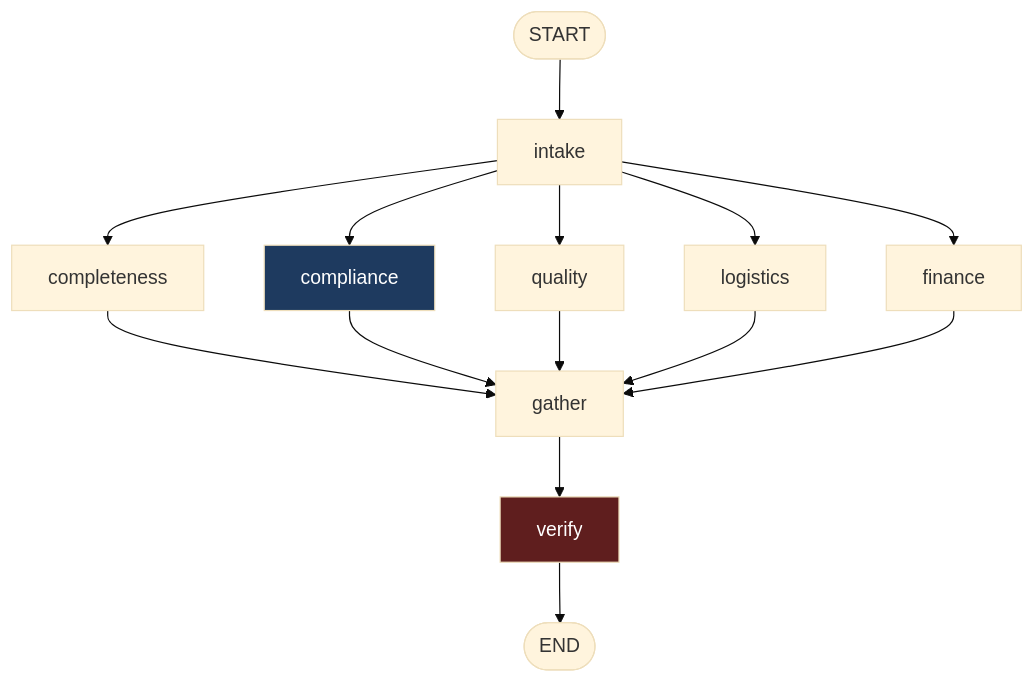
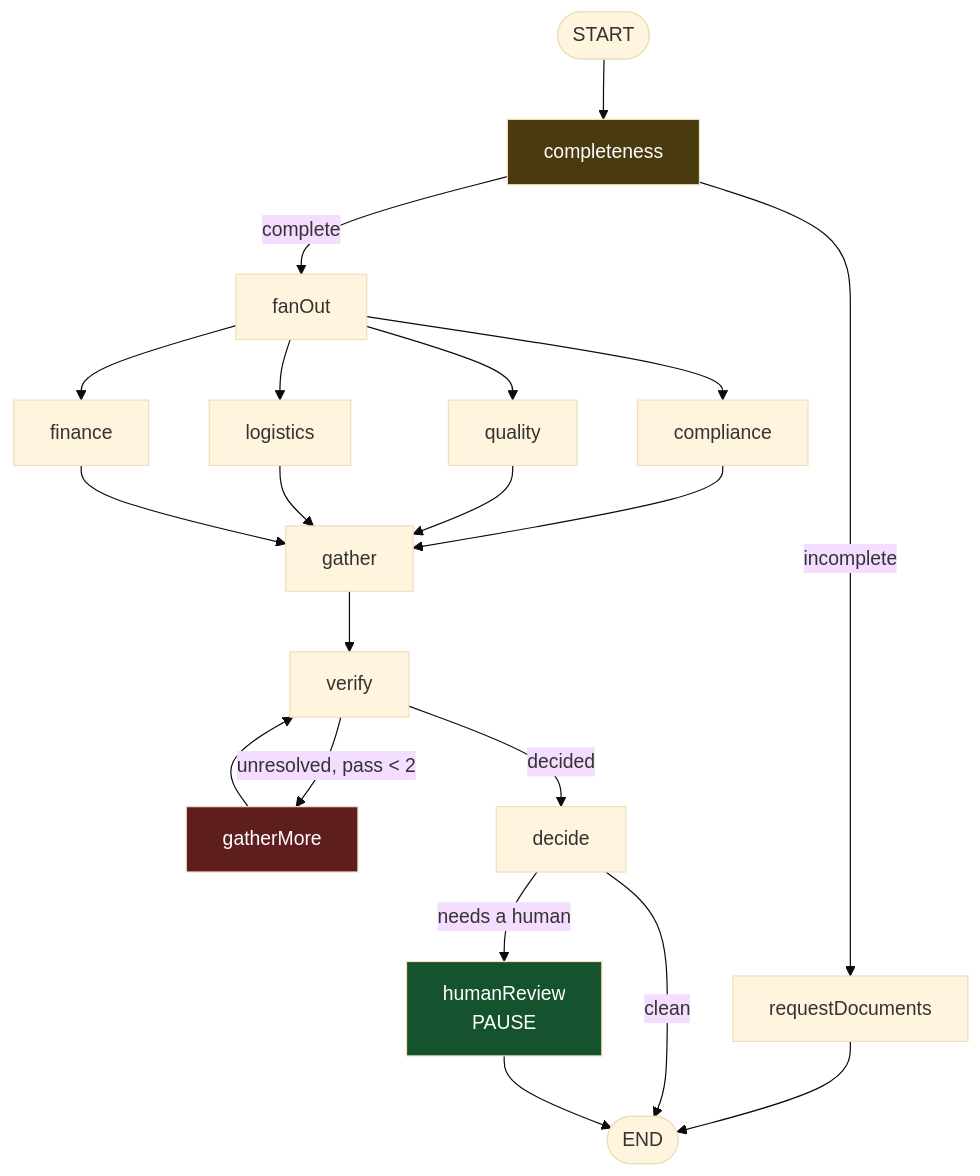
The second of 2 diagrams in docs/interview/architecture-flow.md (sugumar-ramappa/vendor-onboarding), drawn with Mermaid (base theme) before and after one commit. The commit also changed other lines of this file and 41 other files, not shown here.

````diff
--- a/docs/interview/architecture-flow.md
+++ b/docs/interview/architecture-flow.md
@@ -177,19 +193,26 @@
 ```mermaid
 flowchart TD
-    START([START]) --> I[intake]
-    I --> C1[completeness]
-    I --> C2[compliance]
-    I --> C3[quality]
-    I --> C4[logistics]
-    I --> C5[finance]
-    C1 --> G[gather]
-    C2 --> G
+    START([START]) --> C1[completeness]
+    C1 -->|incomplete| RD[requestDocuments]
+    RD --> E([END])
+    C1 -->|complete| F[fanOut]
+    F --> C2[compliance]
+    F --> C3[quality]
+    F --> C4[logistics]
+    F --> C5[finance]
+    C2 --> G[gather]
     C3 --> G
     C4 --> G
     C5 --> G
     G --> V[verify]
-    V --> E([END])
+    V -->|unresolved, pass &lt; 2| GM[gatherMore]
+    GM --> V
+    V -->|decided| D[decide]
+    D -->|clean| E
+    D -->|needs a human| H["humanReview<br/>PAUSE"]
+    H --> E
 
-    style C2 fill:#1e3a5f,color:#fff
-    style V fill:#5f1e1e,color:#fff
+    style C1 fill:#4a3a0f,color:#fff
+    style GM fill:#5f1e1e,color:#fff
+    style H fill:#14532d,color:#fff
 ```
````
